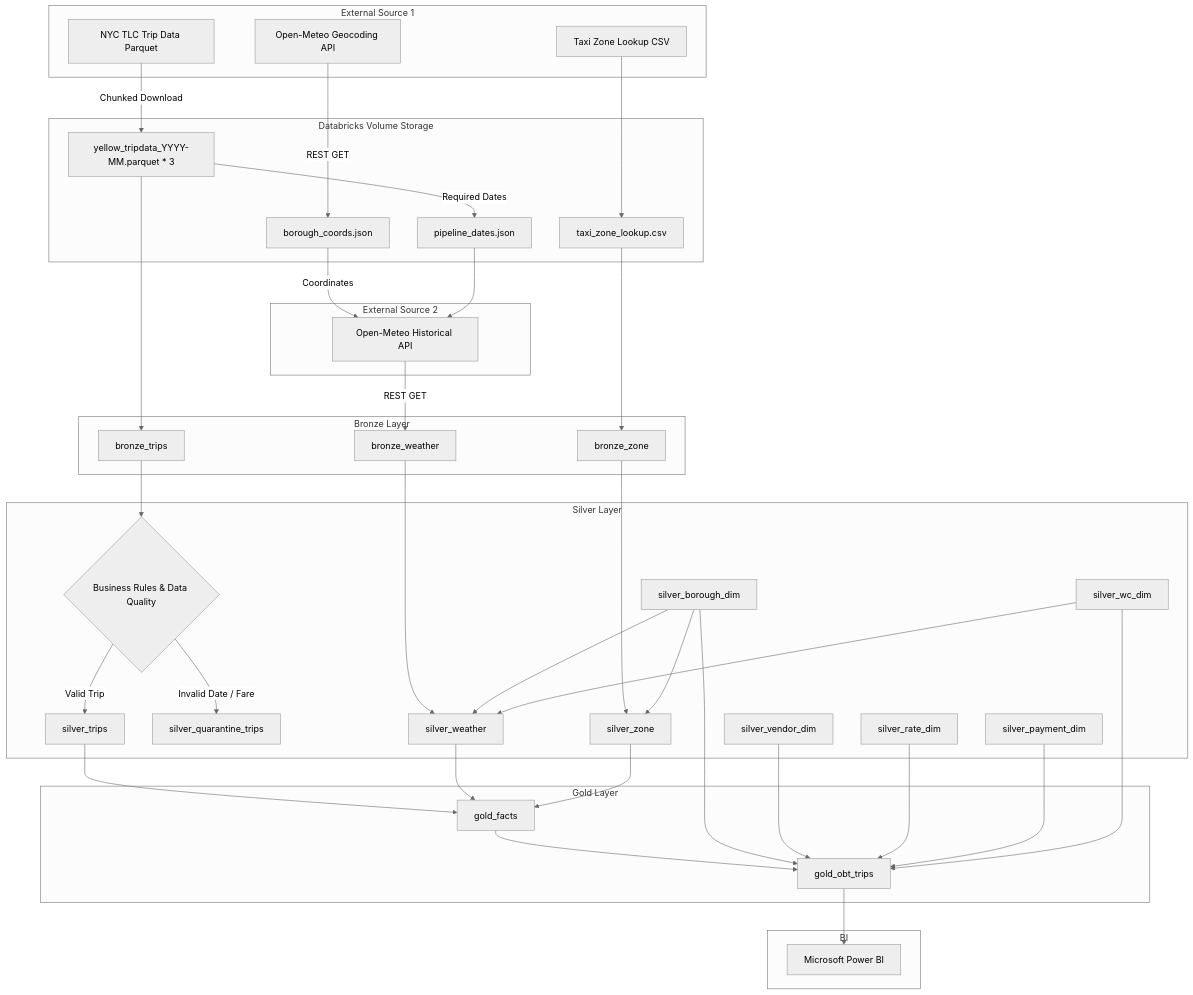
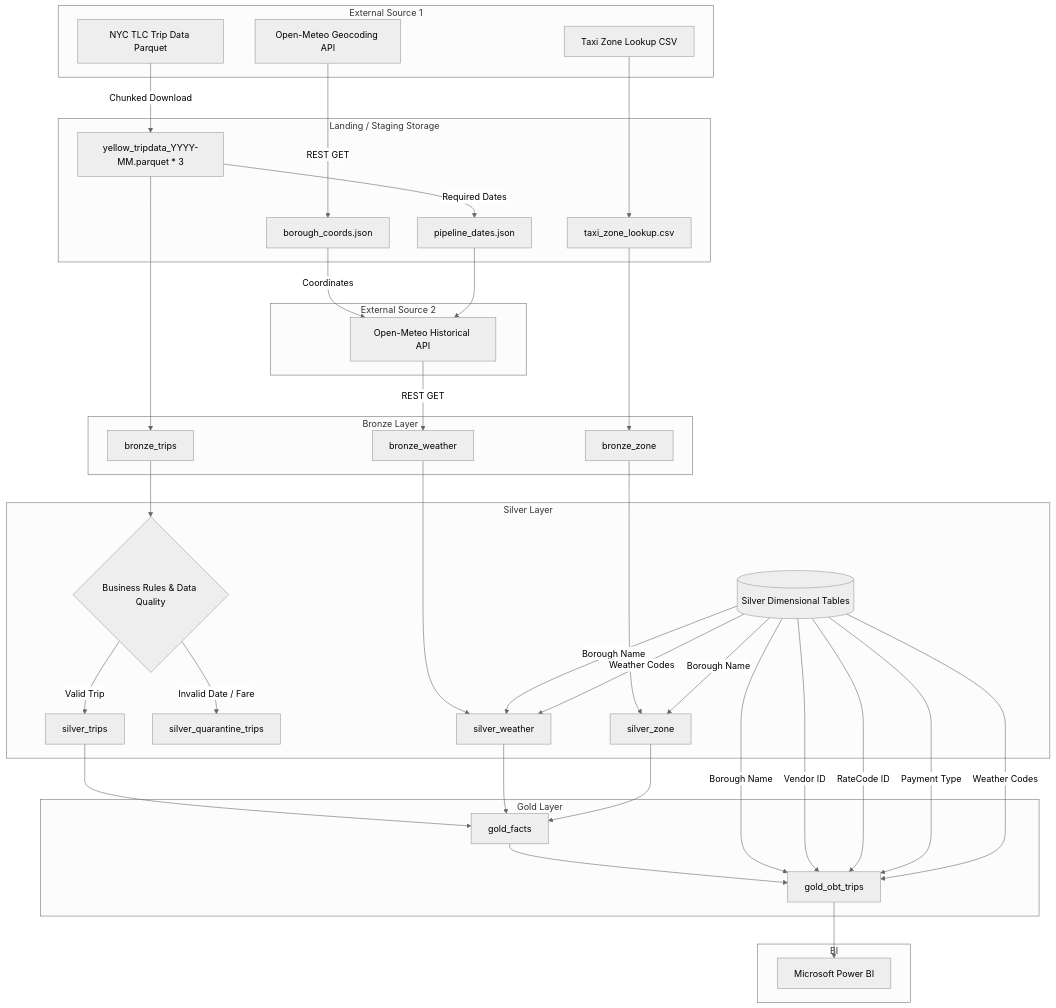
Before and after one commit to Chirag-GH/taxi_weather_pipeline: the diagram in README.md, drawn with Mermaid (neutral theme).

````diff
--- a/README.md
+++ b/README.md
@@ -25,7 +25,7 @@
         STATIC[Taxi Zone Lookup CSV]
     end
 
-    subgraph Databricks Volume Storage
+    subgraph Landing / Staging Storage
         PARQ[yellow_tripdata_YYYY-MM.parquet * 3]
         JSON_COORD[borough_coords.json]
         ZCSV[taxi_zone_lookup.csv]
@@ -48,11 +48,8 @@
         SQ[silver_quarantine_trips]
         SW[silver_weather]
         SZ[silver_zone]
-        SDIMWC[silver_wc_dim]
-        SDIMB[silver_borough_dim]
-        SDIMP[silver_payment_dim]
-        SDIMV[silver_vendor_dim]
-        SDIMR[silver_rate_dim]
+        SDIM[(Silver Dimensional Tables)]
+        
     end
 
     subgraph Gold Layer
@@ -83,10 +80,10 @@
     D -->|Invalid Date / Fare| SQ
     
     BW --> SW
-    SDIMB --> SW
-    SDIMWC --> SW
+    SDIM -->|Borough Name| SW
+    SDIM -->|Weather Codes| SW
     BZ --> SZ
-    SDIMB --> SZ
+    SDIM -->|Borough Name| SZ
 
     %% Gold Flow
     ST --> GF
@@ -94,11 +91,11 @@
     SZ --> GF
 
     GF --> GOBT
-    SDIMB --> GOBT
-    SDIMV --> GOBT
-    SDIMR --> GOBT
-    SDIMP --> GOBT
-    SDIMWC --> GOBT
+    SDIM -->|Borough Name| GOBT
+    SDIM -->|Vendor ID| GOBT
+    SDIM -->|RateCode ID| GOBT
+    SDIM -->|Payment Type| GOBT
+    SDIM -->|Weather Codes| GOBT
 
     GOBT --> PBI
 ```
````
